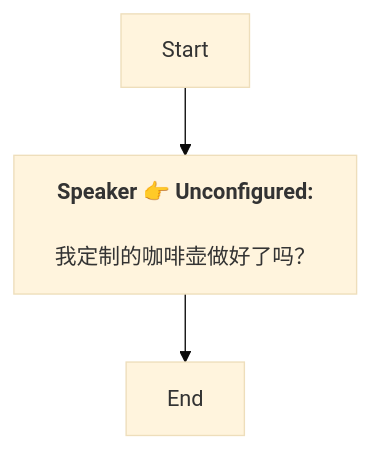
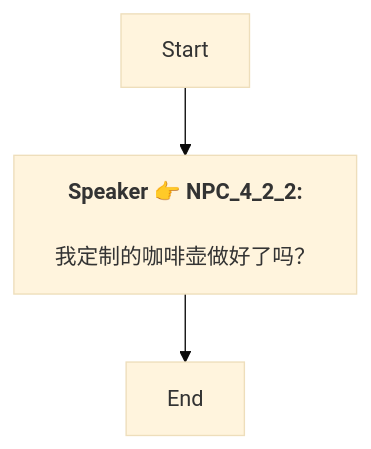
The diagram in Zh/Dialog_54965412665541.md (SoftHu/tos_avg), drawn with Mermaid (base theme) before and after one commit. The commit also changed 737 other files, not shown here.

````diff
--- a/Zh/Dialog_54965412665541.md
+++ b/Zh/Dialog_54965412665541.md
@@ -1,8 +1,7 @@
 ```mermaid
 graph
-Start -->1758893250390654[<b>Speaker 👉 Unconfigured:</b>
-
-我定制的咖啡壶做好了吗？]
+Start -->1758893250390654[<b>Speaker 👉 NPC_4_2_2:</b>
+\n我定制的咖啡壶做好了吗？]
 1758893250390654 -->1758893252550271[End]
 
- ```
+```
````
